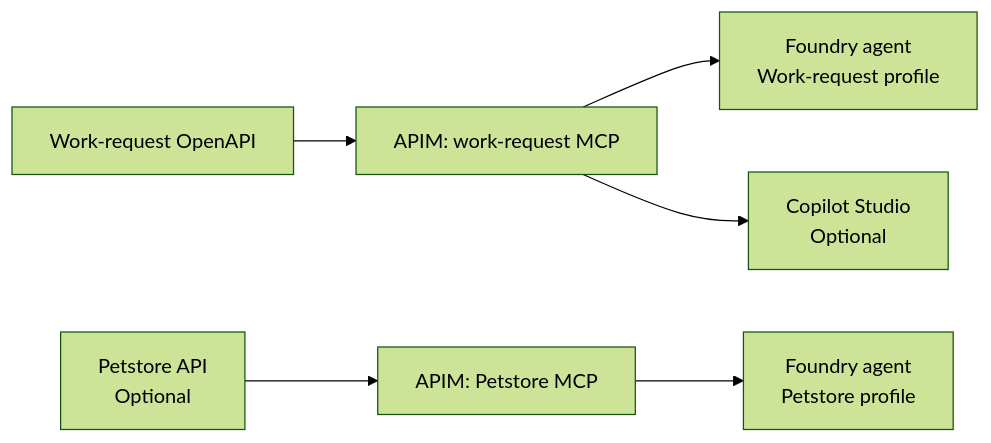
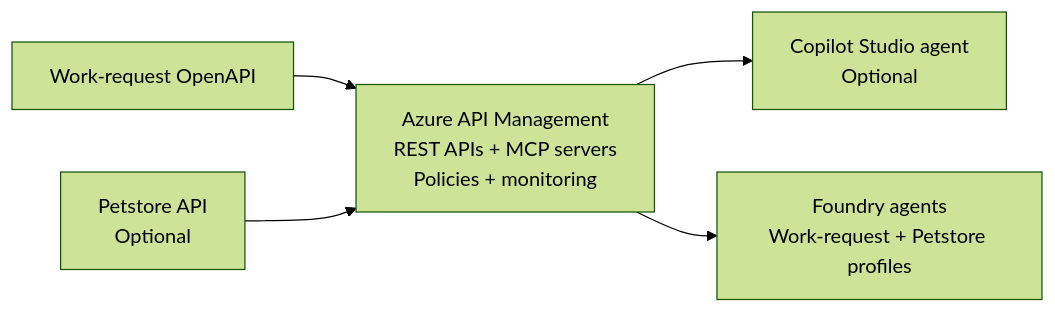
One commit to yurilausberg/foundry-apim-mcp-workshop changed the diagram in README.md. Above: the diagram before and after it, drawn with Mermaid (forest theme).

Commit message:
Align README diagram with reference architecture
Use one governed APIM MCP boundary between the API sources and the Foundry and Copilot Studio agent experiences.

Copilot-Session: aa1a2148-b4d0-4cc5-94ea-497594b4b72a

````diff
--- a/README.md
+++ b/README.md
@@ -9,8 +9,7 @@
 ```mermaid
 flowchart LR
-    WORK["Work-request OpenAPI"] --> WORKMCP["APIM: work-request MCP"]
-    PET["Petstore API<br/>Optional"] --> PETMCP["APIM: Petstore MCP"]
-    PETMCP --> PETAGENT["Foundry agent<br/>Petstore profile"]
-    WORKMCP --> WORKAGENT["Foundry agent<br/>Work-request profile"]
-    WORKMCP --> COPILOT["Copilot Studio<br/>Optional"]
+    WORK["Work-request OpenAPI"] --> APIM["Azure API Management<br/>REST APIs + MCP servers<br/>Policies + monitoring"]
+    PET["Petstore API<br/>Optional"] --> APIM
+    APIM --> COPILOT["Copilot Studio agent<br/>Optional"]
+    APIM --> FOUNDRY["Foundry agents<br/>Work-request + Petstore profiles"]
 ```
````
